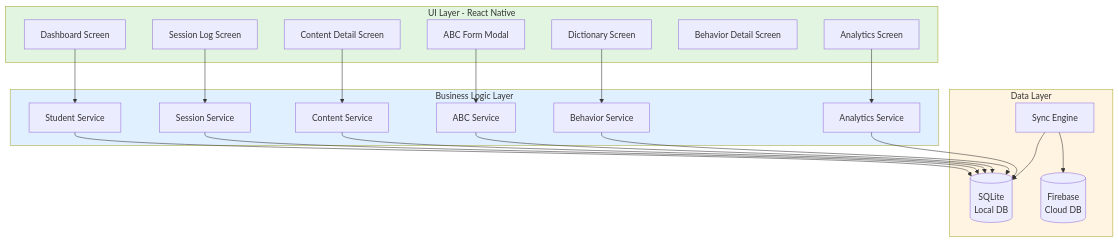
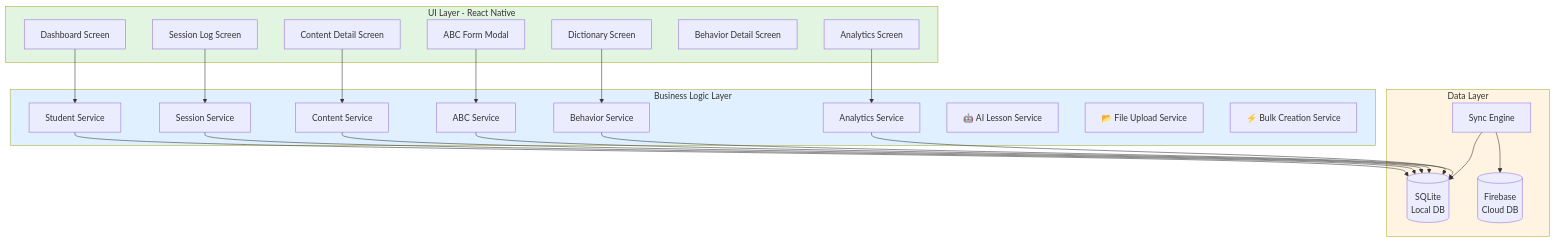
One commit to tranhaohcmus/umx-docs changed the first of 6 diagrams in MODULE_INTEGRATION.md. Above: the diagram before and after it, drawn with Mermaid. The commit also changed other lines of this file and 4 other files, not shown here.

````diff
--- a/MODULE_INTEGRATION.md
+++ b/MODULE_INTEGRATION.md
@@ -18,48 +18,51 @@
 ```mermaid
 flowchart TB
     subgraph UI["UI Layer - React Native"]
         Dashboard[Dashboard Screen]
         SessionLog[Session Log Screen]
         ContentDetail[Content Detail Screen]
         ABCModal[ABC Form Modal]
         Dictionary[Dictionary Screen]
         BehaviorDetail[Behavior Detail Screen]
         Analytics[Analytics Screen]
     end
 
     subgraph BL["Business Logic Layer"]
         StudentService[Student Service]
         SessionService[Session Service]
         ContentService[Content Service]
         ABCService[ABC Service]
         BehaviorService[Behavior Service]
         AnalyticsService[Analytics Service]
+        AILessonService[🤖 AI Lesson Service]
+        FileUploadService[📂 File Upload Service]
+        BulkCreationService[⚡ Bulk Creation Service]
     end
 
     subgraph DL["Data Layer"]
         LocalDB[(SQLite<br/>Local DB)]
         CloudDB[(Firebase<br/>Cloud DB)]
         SyncEngine[Sync Engine]
     end
 
     Dashboard --> StudentService
     SessionLog --> SessionService
     ContentDetail --> ContentService
     ABCModal --> ABCService
     Dictionary --> BehaviorService
     Analytics --> AnalyticsService
 
     StudentService --> LocalDB
     SessionService --> LocalDB
     ContentService --> LocalDB
     ABCService --> LocalDB
     BehaviorService --> LocalDB
     AnalyticsService --> LocalDB
 
     SyncEngine --> LocalDB
     SyncEngine --> CloudDB
 
     style UI fill:#e1f5e1
     style BL fill:#e1f0ff
     style DL fill:#fff4e1
 ```
````
